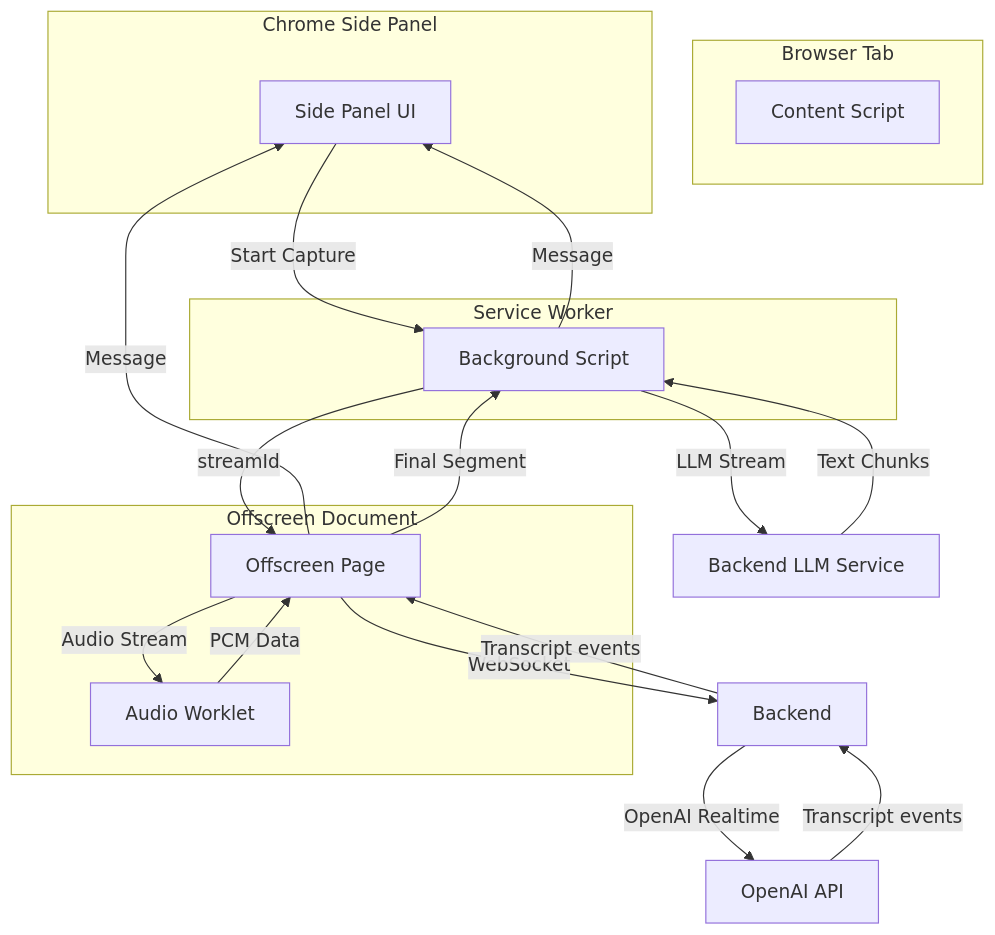
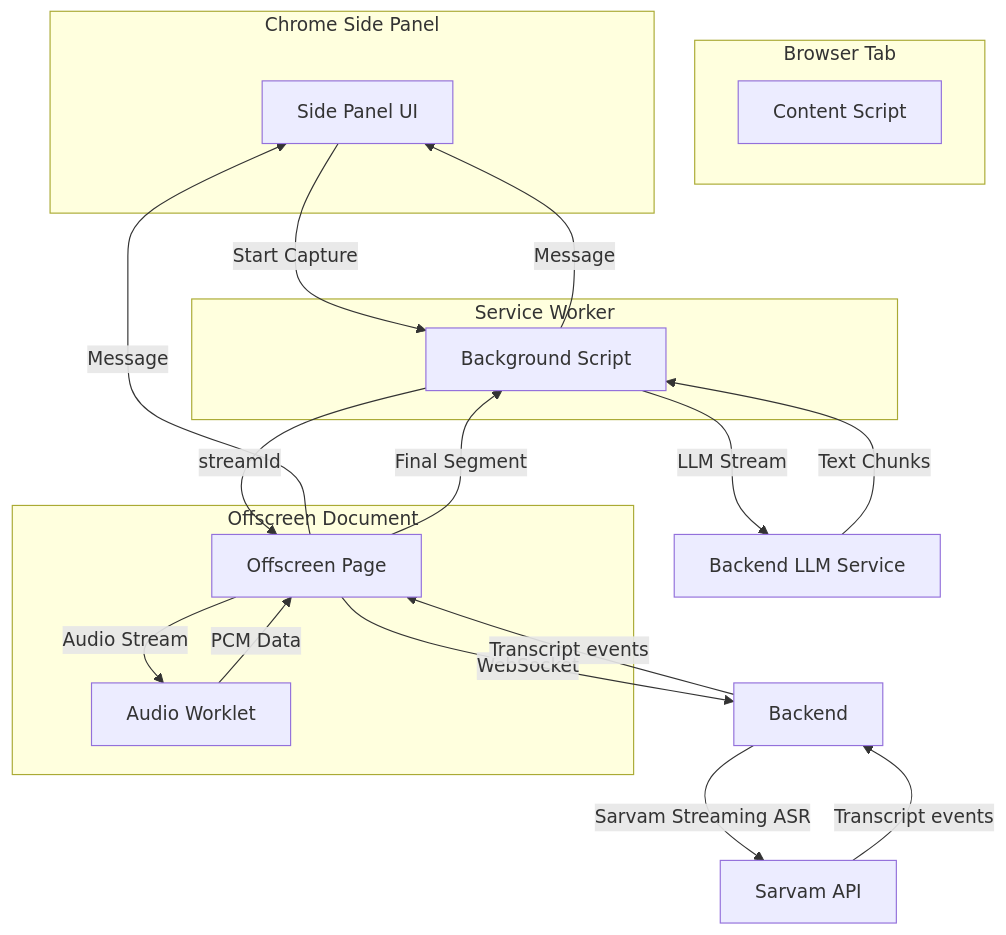
The diagram in extension/ARCHITECTURE.md (amanambak/dual-channel), drawn with Mermaid before and after one commit. The commit also changed other lines of this file and 24 other files, not shown here.

Commit message:
replaced openai ai asr with sarvam

````diff
--- a/extension/ARCHITECTURE.md
+++ b/extension/ARCHITECTURE.md
@@ -48,33 +48,33 @@
 ```mermaid
 graph TD
     subgraph Browser Tab
         CS[Content Script]
     end
 
     subgraph Chrome Side Panel
         SP[Side Panel UI]
     end
 
     subgraph Service Worker
         BG[Background Script]
     end
 
     subgraph Offscreen Document
         OD[Offscreen Page]
         AW[Audio Worklet]
     end
 
     SP -->|Start Capture| BG
     BG -->|streamId| OD
     OD -->|Audio Stream| AW
     AW -->|PCM Data| OD
     OD -->|WebSocket| BE[Backend]
-    BE -->|OpenAI Realtime| OAI[OpenAI API]
-    OAI -->|Transcript events| BE
+    BE -->|Sarvam Streaming ASR| ASR[Sarvam API]
+    ASR -->|Transcript events| BE
     BE -->|Transcript events| OD
     OD -->|Message| SP
     OD -->|Final Segment| BG
     BG -->|LLM Stream| LS[Backend LLM Service]
     LS -->|Text Chunks| BG
     BG -->|Message| SP
 ```
````
